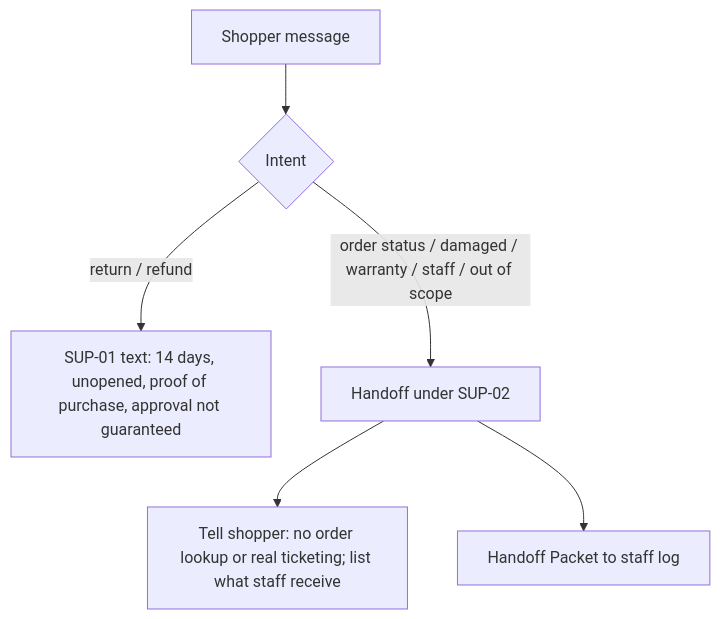
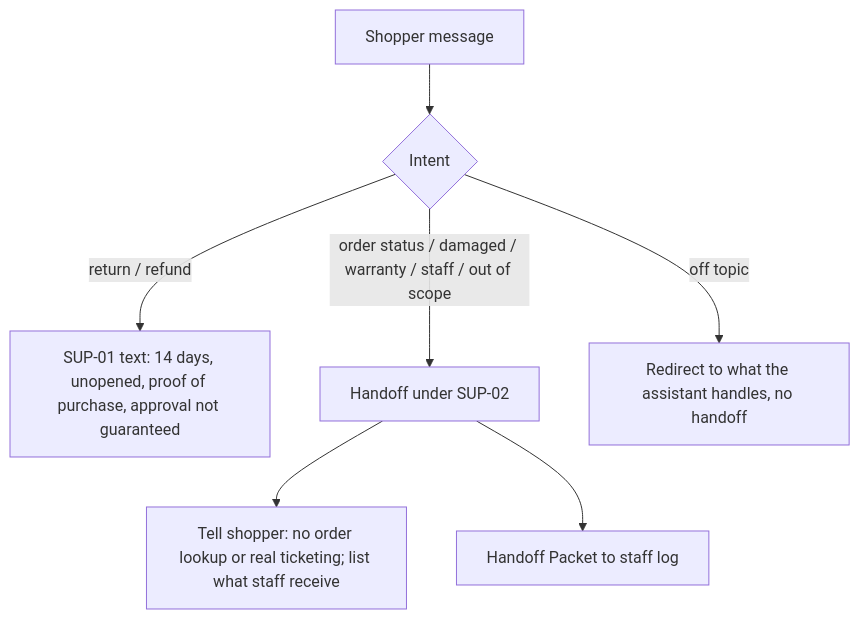
Before and after one commit to Phoritus/homepro-ai-assistant: the second of 3 diagrams in README.md, drawn with Mermaid. The commit also changed other lines of this file and 16 other files, not shown here.

Commit message:
feat(issues): implement chat history retrieval and off-topic message handling

````diff
--- a/README.md
+++ b/README.md
@@ -83,8 +84,9 @@
 ```mermaid
 flowchart TD
   M[Shopper message] --> I{Intent}
   I -->|return / refund| P[SUP-01 text: 14 days, unopened, proof of purchase, approval not guaranteed]
   I -->|order status / damaged / warranty / staff / out of scope| H[Handoff under SUP-02]
+  I -->|off topic| R[Redirect to what the assistant handles, no handoff]
   H --> T[Tell shopper: no order lookup or real ticketing; list what staff receive]
   H --> PK[Handoff Packet to staff log]
 ```
````
